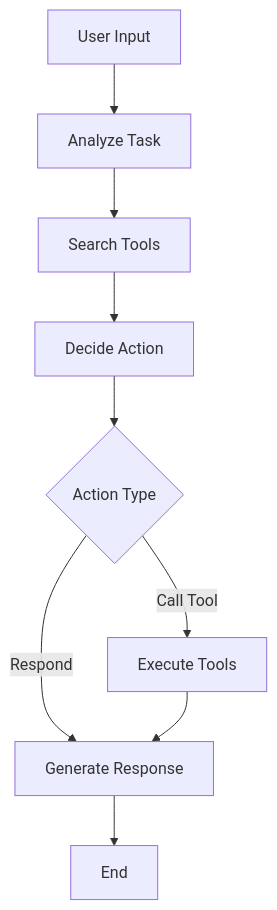
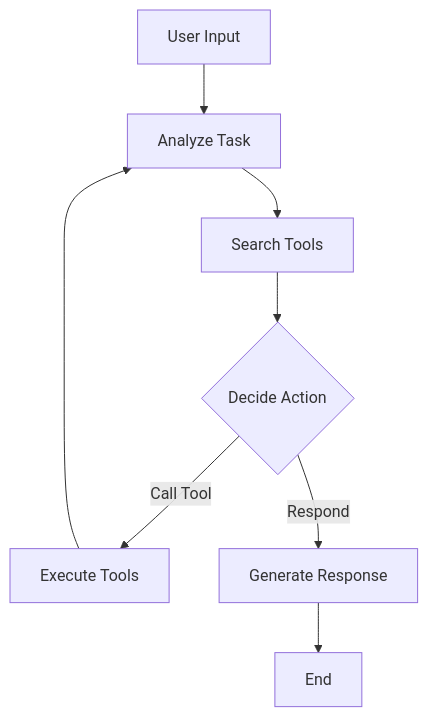
One commit to universal-tool-calling-protocol/utcp-agent changed the diagram in README.md. Above: the diagram before and after it, drawn with Mermaid. The commit also changed 1 other file, not shown here.

Commit message:
Update the utcp agent workflow and fix some bugs

````diff
--- a/README.md
+++ b/README.md
@@ -143,11 +143,10 @@
 ```mermaid
 graph TD
     A[User Input] --> B[Analyze Task]
     B --> C[Search Tools]
-    C --> D[Decide Action]
-    D --> E{Action Type}
-    E -->|Call Tool| F[Execute Tools]
-    E -->|Respond| G[Generate Response]
-    F --> G
+    C --> D{Decide Action}
+    D -->|Call Tool| F[Execute Tools]
+    D -->|Respond| G[Generate Response]
+    F --> B
     G --> H[End]
 ```
````
